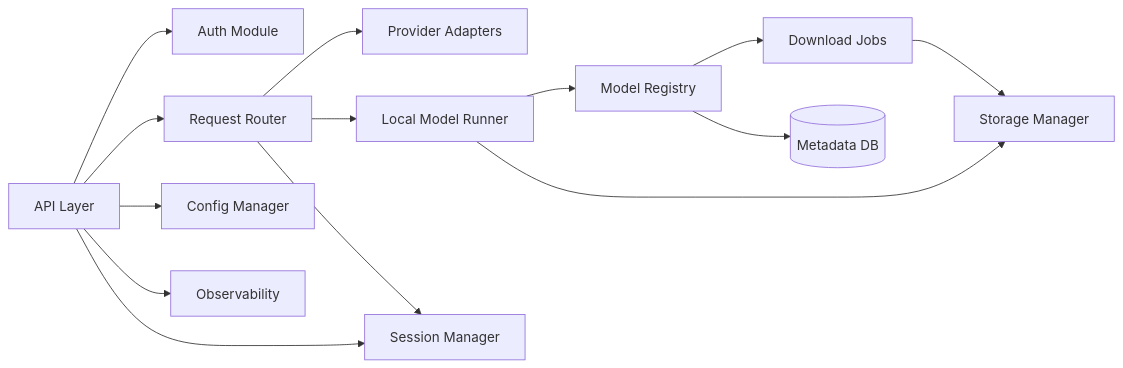
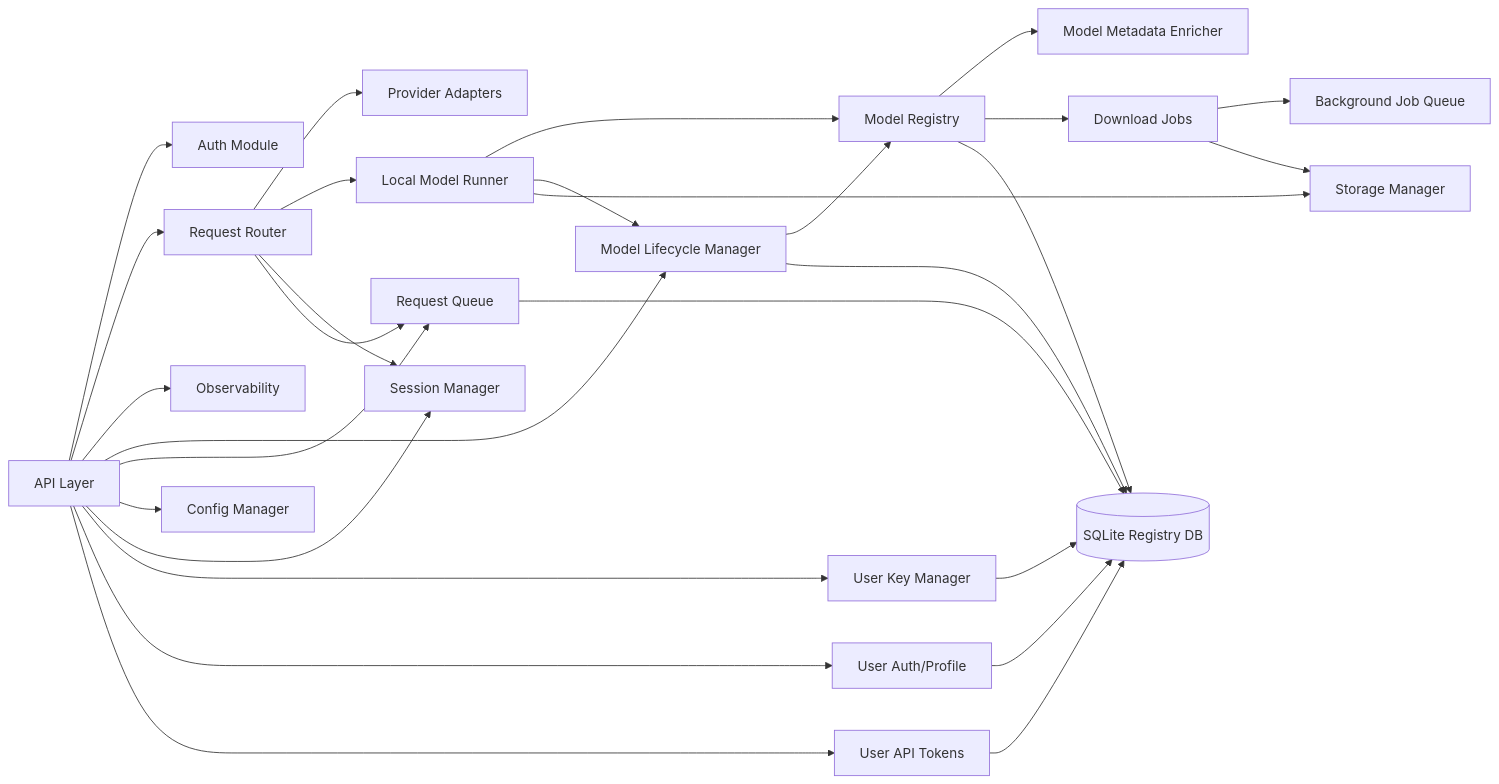
Before and after one commit to pluggably/llm_api: the first of 6 diagrams in docs/architecture/software_architecture_backend.md, drawn with Mermaid. The commit also changed other lines of this file and 119 other files, not shown here.

````diff
--- a/docs/architecture/software_architecture_backend.md
+++ b/docs/architecture/software_architecture_backend.md
@@ -12,29 +12,51 @@
 ```mermaid
 graph LR
     API[API Layer]
     Auth[Auth Module]
     Router[Request Router]
     Adapters[Provider Adapters]
     Runner[Local Model Runner]
     Registry[Model Registry]
+    Lifecycle[Model Lifecycle Manager]
+    ReqQueue[Request Queue]
+    Enrich[Model Metadata Enricher]
     Downloader[Download Jobs]
+    Queue[Background Job Queue]
     Storage[Storage Manager]
     Config[Config Manager]
     Obs[Observability]
     Sessions[Session Manager]
-    DB[(Metadata DB)]
+    Keys[User Key Manager]
+    Users[User Auth/Profile]
+    Tokens[User API Tokens]
+    DB[(SQLite Registry DB)]
 
     API --> Auth
     API --> Router
     API --> Obs
+    API --> Lifecycle
+    API --> ReqQueue
     Router --> Adapters
     Router --> Runner
     Router --> Sessions
+    Router --> ReqQueue
     Runner --> Registry
+    Runner --> Lifecycle
+    Lifecycle --> Registry
+    Lifecycle --> DB
+    ReqQueue --> DB
+    Registry --> Enrich
     Registry --> Downloader
+    Downloader --> Queue
     Registry --> DB
+    Keys --> DB
+    Users --> DB
+    Tokens --> DB
     Downloader --> Storage
     Runner --> Storage
     API --> Config
     API --> Sessions
+    API --> Keys
+    API --> Users
+    API --> Tokens
 ```
````
